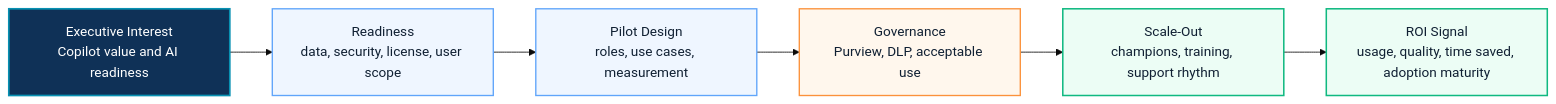
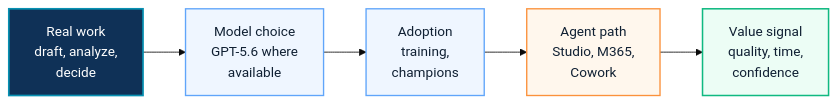
The diagram in docs/search/copilot-adoption.md (Eric841001/Eric841001.github.io), drawn with Mermaid (base theme) before and after one commit. The commit also changed other lines of this file and 7 other files, not shown here.

````diff
--- a/docs/search/copilot-adoption.md
+++ b/docs/search/copilot-adoption.md
@@ -33,16 +38,15 @@
 ```mermaid
 flowchart LR
-  Interest["Executive Interest<br/>Copilot value and AI readiness"]:::source
-  Readiness["Readiness<br/>data, security, license, user scope"]:::step
-  Pilot["Pilot Design<br/>roles, use cases, measurement"]:::step
-  Governance["Governance<br/>Purview, DLP, acceptable use"]:::control
-  Scale["Scale-Out<br/>champions, training, support rhythm"]:::outcome
-  Measure["ROI Signal<br/>usage, quality, time saved, adoption maturity"]:::outcome
+  Work["Real work<br/>draft, analyze,<br/>decide"]:::source
+  Model["Model choice<br/>GPT-5.6 where<br/>available"]:::step
+  Adopt["Adoption<br/>training,<br/>champions"]:::step
+  Agent["Agent path<br/>Studio, M365,<br/>Cowork"]:::control
+  Measure["Value signal<br/>quality, time,<br/>confidence"]:::outcome
 
-  Interest --> Readiness --> Pilot --> Governance --> Scale --> Measure
+  Work --> Model --> Adopt --> Agent --> Measure
 
   classDef source fill:#0f3157,stroke:#0891b2,color:#ffffff,stroke-width:2px
   classDef step fill:#eff6ff,stroke:#60a5fa,color:#102033,stroke-width:1.6px
   classDef control fill:#fff7ed,stroke:#fb923c,color:#102033,stroke-width:1.6px
   classDef outcome fill:#ecfdf5,stroke:#10b981,color:#102033,stroke-width:1.8px
 ```
````
